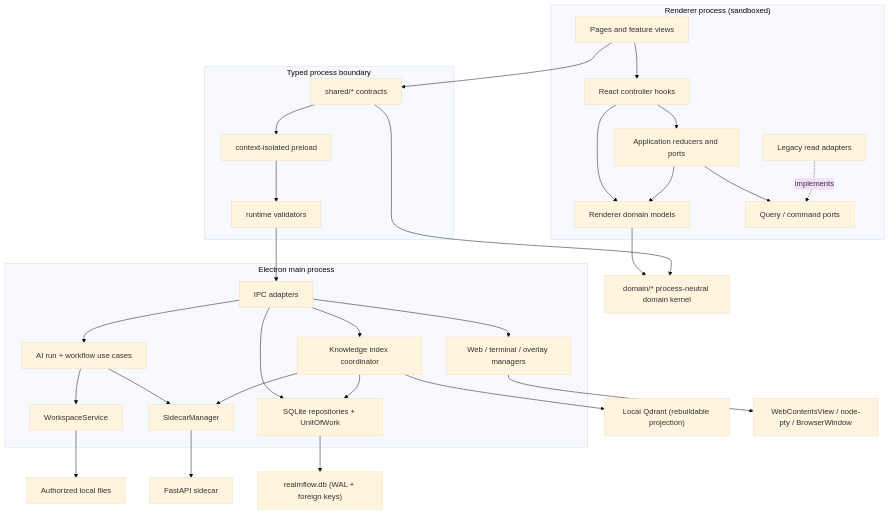
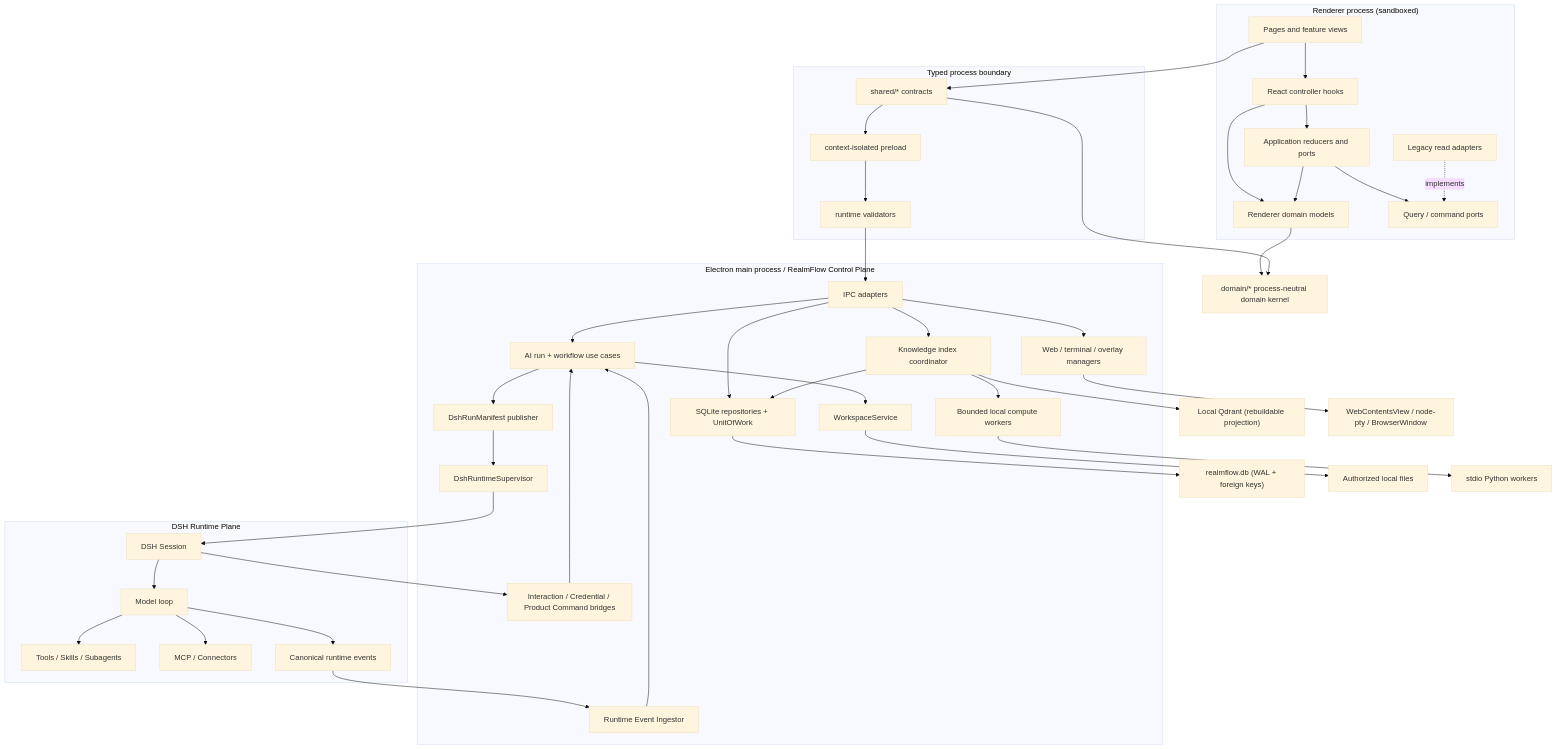
The diagram in docs/architecture.md (Qbian61/realmflow), drawn with Mermaid (base theme) before and after one commit. The commit also changed other lines of this file and 707 other files, not shown here.

````diff
--- a/docs/architecture.md
+++ b/docs/architecture.md
@@ -5,55 +13,77 @@
 ```mermaid
 flowchart TB
   Kernel["domain/* process-neutral domain kernel"]
 
   subgraph Renderer["Renderer process (sandboxed)"]
     View["Pages and feature views"]
     Hooks["React controller hooks"]
     App["Application reducers and ports"]
     Domain["Renderer domain models"]
     Ports["Query / command ports"]
     Storage["Legacy read adapters"]
     View --> Hooks
     Hooks --> App
     Hooks --> Domain
     App --> Domain
     App --> Ports
     Storage -. implements .-> Ports
   end
 
   subgraph Bridge["Typed process boundary"]
     Contracts["shared/* contracts"]
     Preload["context-isolated preload"]
     Validators["runtime validators"]
     Contracts --> Preload
     Preload --> Validators
   end
 
-  subgraph Main["Electron main process"]
+  subgraph Main["Electron main process / RealmFlow Control Plane"]
     IPC["IPC adapters"]
     AiRuns["AI run + workflow use cases"]
     Persistence["SQLite repositories + UnitOfWork"]
     Knowledge["Knowledge index coordinator"]
     Workspace["WorkspaceService"]
     Workbench["Web / terminal / overlay managers"]
-    SidecarManager["SidecarManager"]
+    Manifest["DshRunManifest publisher"]
+    DshBridge["Interaction / Credential / Product Command bridges"]
+    EventIngestor["Runtime Event Ingestor"]
+    DshSupervisor["DshRuntimeSupervisor"]
+    PrivateWorkers["Bounded local compute workers"]
     IPC --> AiRuns
     AiRuns --> Workspace
-    AiRuns --> SidecarManager
+    AiRuns --> Manifest
+    Manifest --> DshSupervisor
+    DshBridge --> AiRuns
+    EventIngestor --> AiRuns
     IPC --> Persistence
     IPC --> Knowledge
     Knowledge --> Persistence
-    Knowledge --> SidecarManager
+    Knowledge --> PrivateWorkers
     IPC --> Workbench
+  end
+
+  subgraph DSH["DSH Runtime Plane"]
+    DshSession["DSH Session"]
+    ModelLoop["Model loop"]
+    Tools["Tools / Skills / Subagents"]
+    Mcp["MCP / Connectors"]
+    RuntimeHistory["Canonical runtime events"]
+    DshSession --> ModelLoop
+    ModelLoop --> Tools
+    ModelLoop --> Mcp
+    ModelLoop --> RuntimeHistory
   end
 
   Domain --> Kernel
   Contracts --> Kernel
   View --> Contracts
   Validators --> IPC
   Persistence --> SQLite["realmflow.db (WAL + foreign keys)"]
   Knowledge --> Qdrant["Local Qdrant (rebuildable projection)"]
   Workspace --> FS["Authorized local files"]
   Workbench --> Native["WebContentsView / node-pty / BrowserWindow"]
-  SidecarManager --> Sidecar["FastAPI sidecar"]
+  DshSupervisor --> DshSession
+  DshSession --> DshBridge
+  RuntimeHistory --> EventIngestor
+  PrivateWorkers --> WorkerProcess["stdio Python workers"]
 ```
````
